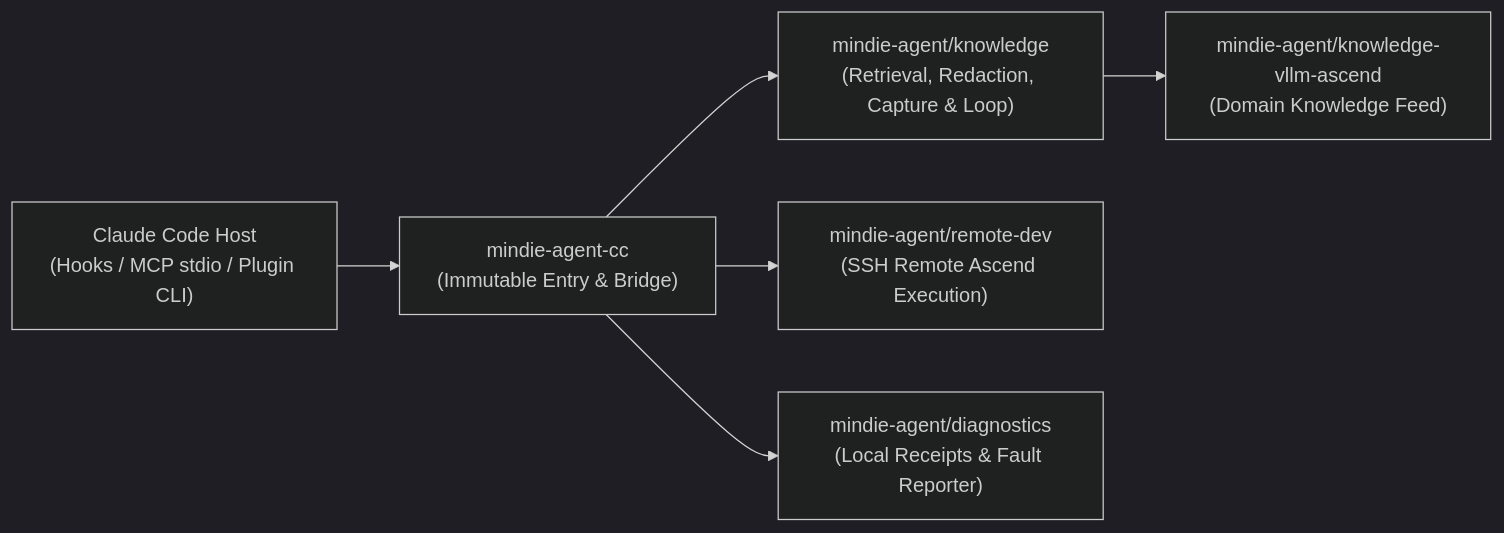
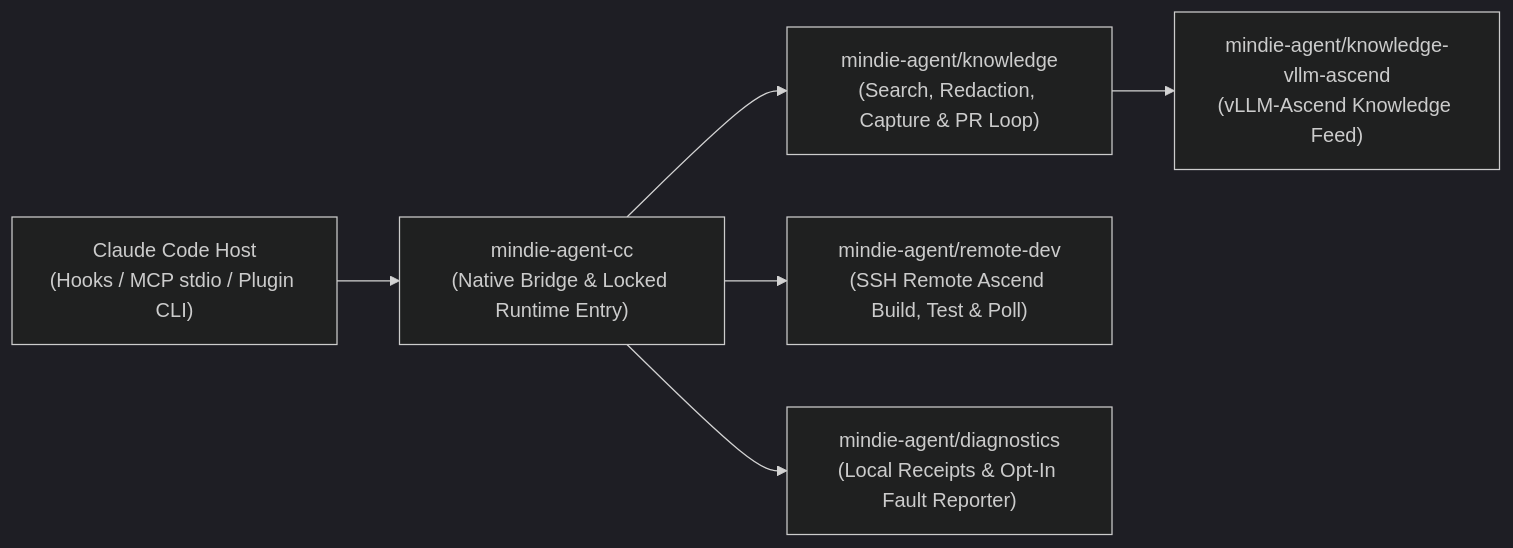
Before and after one commit to mindie-agent/mindie-agent-cc: the diagram in README.en.md, drawn with Mermaid (dark theme). The commit also changed other lines of this file and 13 other files, not shown here.

````diff
--- a/README.en.md
+++ b/README.en.md
@@ -98,8 +146,8 @@
 ```mermaid
 flowchart LR
-  CC["Claude Code Host<br/>(Hooks / MCP stdio / Plugin CLI)"] --> Entry["mindie-agent-cc<br/>(Immutable Entry & Bridge)"]
-  Entry --> Knowledge["mindie-agent/knowledge<br/>(Retrieval, Redaction, Capture & Loop)"]
-  Knowledge --> Feed["mindie-agent/knowledge-vllm-ascend<br/>(Domain Knowledge Feed)"]
-  Entry --> RemoteDev["mindie-agent/remote-dev<br/>(SSH Remote Ascend Execution)"]
-  Entry --> Diagnostics["mindie-agent/diagnostics<br/>(Local Receipts & Fault Reporter)"]
+  CC["Claude Code Host<br/>(Hooks / MCP stdio / Plugin CLI)"] --> Entry["mindie-agent-cc<br/>(Native Bridge & Locked Runtime Entry)"]
+  Entry --> Knowledge["mindie-agent/knowledge<br/>(Search, Redaction, Capture & PR Loop)"]
+  Knowledge --> Feed["mindie-agent/knowledge-vllm-ascend<br/>(vLLM-Ascend Knowledge Feed)"]
+  Entry --> RemoteDev["mindie-agent/remote-dev<br/>(SSH Remote Ascend Build, Test & Poll)"]
+  Entry --> Diagnostics["mindie-agent/diagnostics<br/>(Local Receipts & Opt-In Fault Reporter)"]
 ```
````
